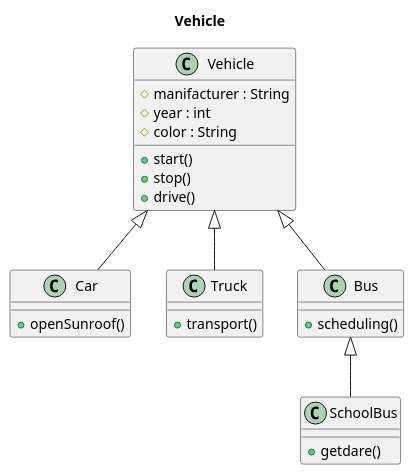
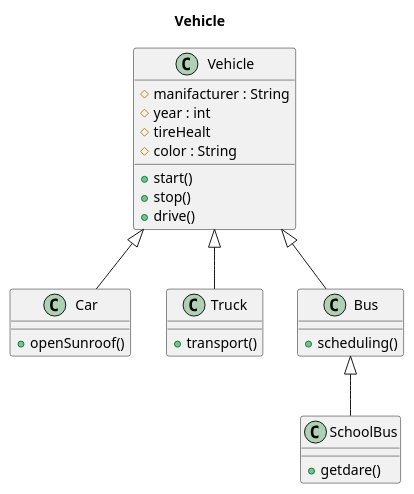
The diagram in UMLs/chapter_5_inheritance.wsd (arelhan/NYP), drawn with PlantUML before and after one commit.

Commit message:
cpp oluşturuldu

```diff
--- a/UMLs/chapter_5_inheritance.wsd
+++ b/UMLs/chapter_5_inheritance.wsd
@@ -1,27 +1,28 @@
 @startuml Inheritance
 title Vehicle
 
 class Vehicle{
     #manifacturer : String
     #year : int
+    #tireHealt
     #color : String
     +start()
     +stop()
     +drive()
 }
 class Car extends Vehicle{
     +openSunroof()
 
 }
 class Truck extends Vehicle{
     +transport()
 
 }
 class Bus extends Vehicle{
     +scheduling()
 
 }
 class SchoolBus extends Bus{
     +getdare()
 }
 @enduml
```
